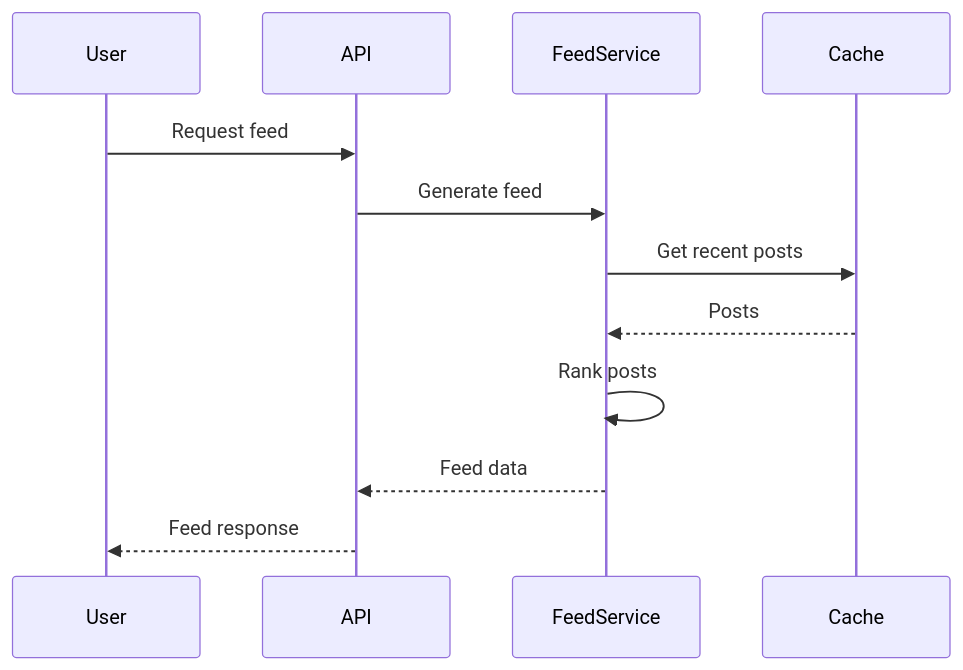
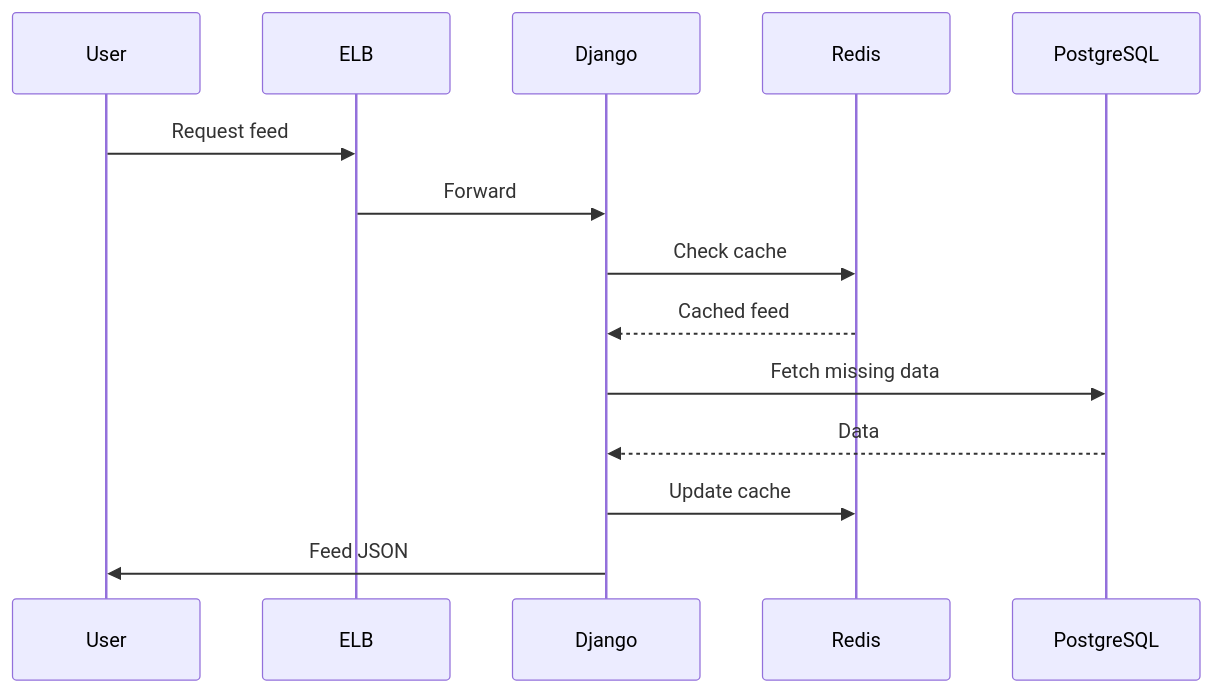
Before and after one commit to VrushankPatel/interview-matters: the third of 3 diagrams in instagram-system-design/README.md, drawn with Mermaid. The commit also changed other lines of this file and 5 other files, not shown here.

````diff
--- a/instagram-system-design/README.md
+++ b/instagram-system-design/README.md
@@ -72,15 +82,17 @@
 ```mermaid
 sequenceDiagram
     participant User
-    participant API
-    participant FeedService
-    participant Cache
+    participant ELB
+    participant Django
+    participant Redis
+    participant PostgreSQL
 
-    User->>API: Request feed
-    API->>FeedService: Generate feed
-    FeedService->>Cache: Get recent posts
-    Cache-->>FeedService: Posts
-    FeedService->>FeedService: Rank posts
-    FeedService-->>API: Feed data
-    API-->>User: Feed response
+    User->>ELB: Request feed
+    ELB->>Django: Forward
+    Django->>Redis: Check cache
+    Redis-->>Django: Cached feed
+    Django->>PostgreSQL: Fetch missing data
+    PostgreSQL-->>Django: Data
+    Django->>Redis: Update cache
+    Django->>User: Feed JSON
 ```
````
